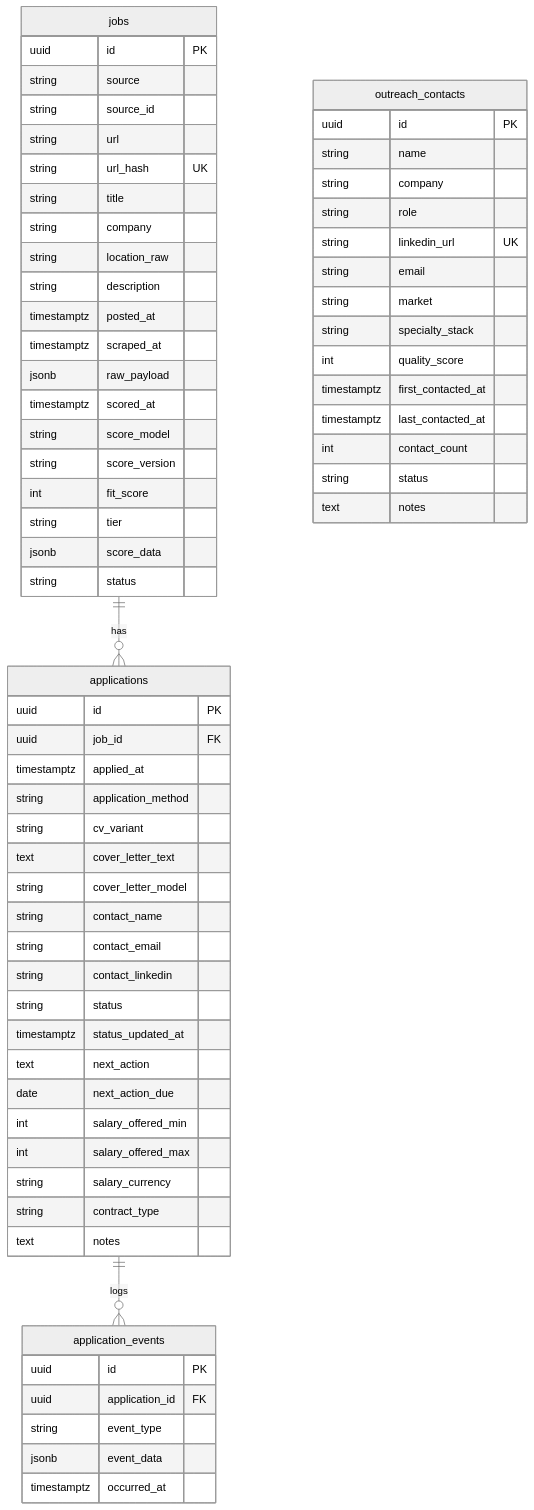
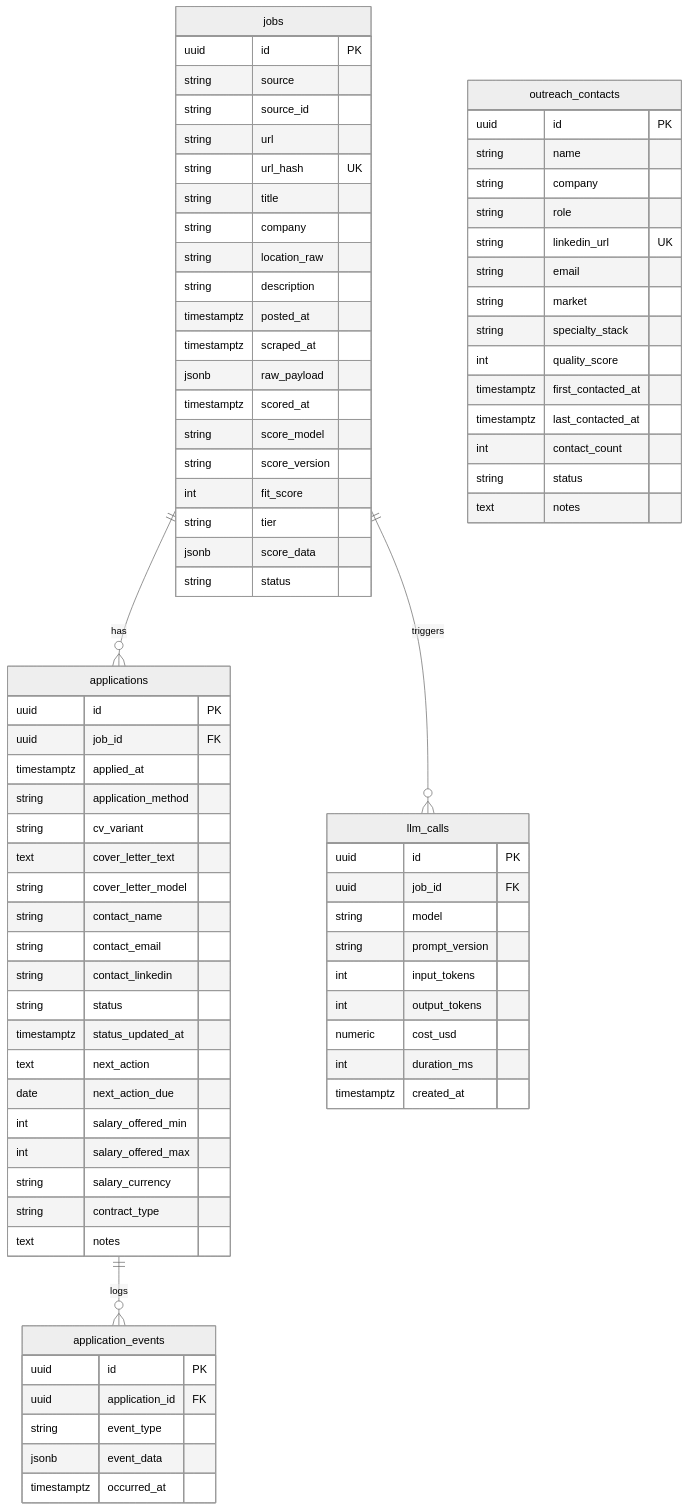
The diagram in docs/data_model.md (abnerh69/The-Job-Hunter), drawn with Mermaid (neutral theme) before and after one commit. The commit also changed other lines of this file and 6 other files, not shown here.

````diff
--- a/docs/data_model.md
+++ b/docs/data_model.md
@@ -7,6 +7,7 @@
 ```mermaid
 erDiagram
     jobs ||--o{ applications : "has"
+    jobs ||--o{ llm_calls : "triggers"
     applications ||--o{ application_events : "logs"
 
     jobs {
@@ -77,4 +78,16 @@
         string status
         text notes
     }
+
+    llm_calls {
+        uuid id PK
+        uuid job_id FK
+        string model
+        string prompt_version
+        int input_tokens
+        int output_tokens
+        numeric cost_usd
+        int duration_ms
+        timestamptz created_at
+    }
 ```
````
